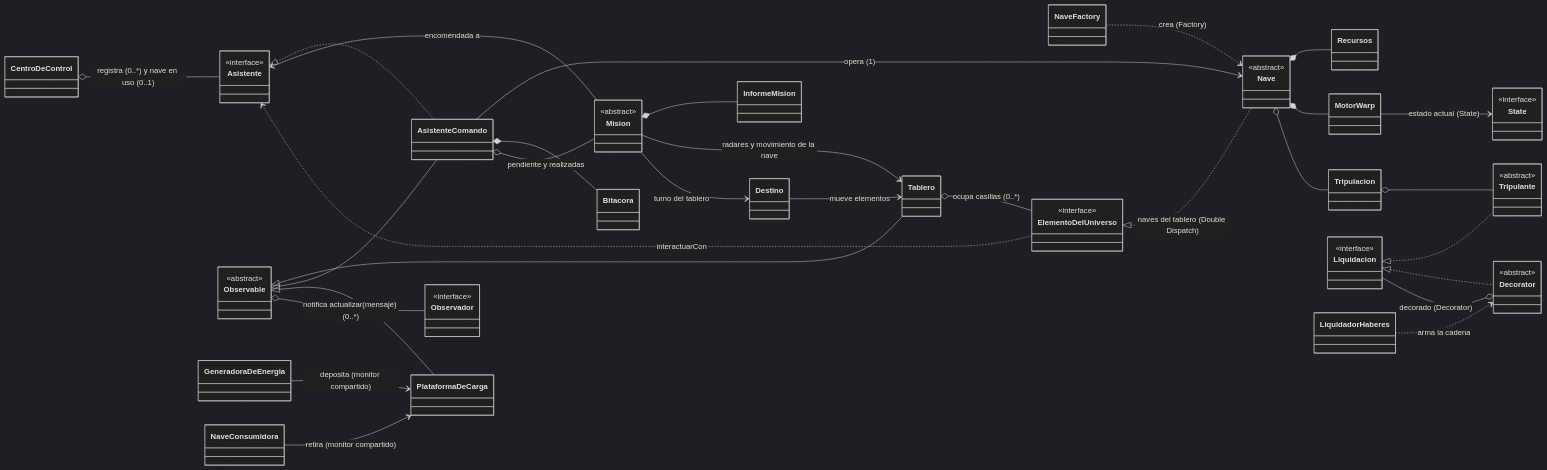
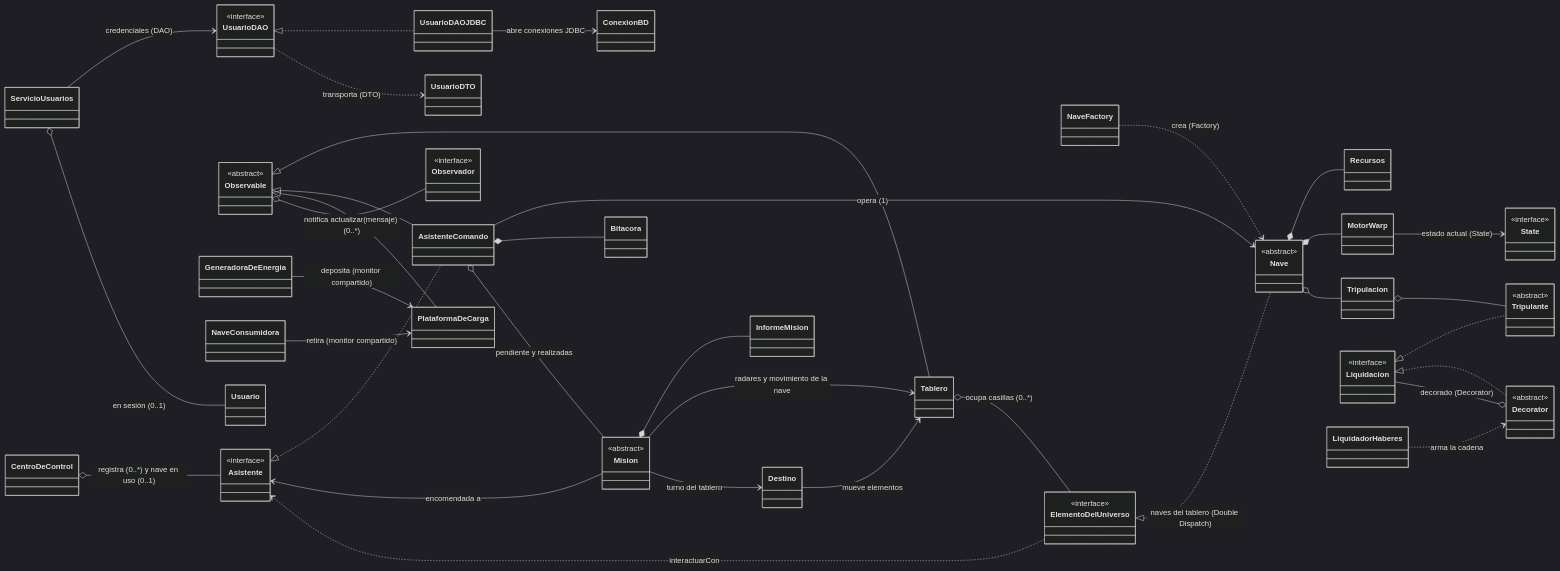
Before and after one commit to josesarregui/tpg-programacion-c-nave: the first of 14 diagrams in docs/diagrama_clases.md, drawn with Mermaid (dark theme). The commit also changed other lines of this file and 18 other files, not shown here.

````diff
--- a/docs/diagrama_clases.md
+++ b/docs/diagrama_clases.md
@@ -15,68 +15,80 @@
 ```mermaid
 classDiagram
     direction LR
     class CentroDeControl
     class Asistente
     <<interface>> Asistente
     class AsistenteComando
     class Nave
     <<abstract>> Nave
     class NaveFactory
     class MotorWarp
     class State
     <<interface>> State
     class Recursos
     class Tripulacion
     class Tripulante
     <<abstract>> Tripulante
     class Bitacora
     class Mision
     <<abstract>> Mision
     class InformeMision
     class Liquidacion
     <<interface>> Liquidacion
     class Decorator
     <<abstract>> Decorator
     class LiquidadorHaberes
     class ElementoDelUniverso
     <<interface>> ElementoDelUniverso
     class Tablero
     class Destino
     class Observable
     <<abstract>> Observable
     class Observador
     <<interface>> Observador
     class PlataformaDeCarga
     class GeneradoraDeEnergia
     class NaveConsumidora
+    class ServicioUsuarios
+    class Usuario
+    class UsuarioDAO
+    <<interface>> UsuarioDAO
+    class UsuarioDAOJDBC
+    class UsuarioDTO
+    class ConexionBD
 
     Observable <|-- Tablero
     Observable <|-- AsistenteComando
     Observable <|-- PlataformaDeCarga
     Observable o-- Observador : notifica actualizar(mensaje) (0..*)
     CentroDeControl o-- Asistente : registra (0..*) y nave en uso (0..1)
     Asistente <|.. AsistenteComando
     AsistenteComando --> Nave : opera (1)
     AsistenteComando *-- Bitacora
     AsistenteComando o-- Mision : pendiente y realizadas
     Mision --> Asistente : encomendada a
     Mision *-- InformeMision
     Mision --> Tablero : radares y movimiento de la nave
     Mision --> Destino : turno del tablero
     NaveFactory ..> Nave : crea (Factory)
     Nave *-- Recursos
     Nave *-- MotorWarp
     MotorWarp --> State : estado actual (State)
     Nave o-- Tripulacion
     Tripulacion o-- Tripulante
     Liquidacion <|.. Tripulante
     Liquidacion <|.. Decorator
     Decorator o-- Liquidacion : decorado (Decorator)
     LiquidadorHaberes ..> Decorator : arma la cadena
     Tablero o-- ElementoDelUniverso : ocupa casillas (0..*)
     Destino --> Tablero : mueve elementos
     ElementoDelUniverso ..> Asistente : interactuarCon
     ElementoDelUniverso <|.. Nave : naves del tablero (Double Dispatch)
     GeneradoraDeEnergia --> PlataformaDeCarga : deposita (monitor compartido)
     NaveConsumidora --> PlataformaDeCarga : retira (monitor compartido)
+    ServicioUsuarios --> UsuarioDAO : credenciales (DAO)
+    ServicioUsuarios o-- Usuario : en sesión (0..1)
+    UsuarioDAO <|.. UsuarioDAOJDBC
+    UsuarioDAO ..> UsuarioDTO : transporta (DTO)
+    UsuarioDAOJDBC --> ConexionBD : abre conexiones JDBC
 ```
````
